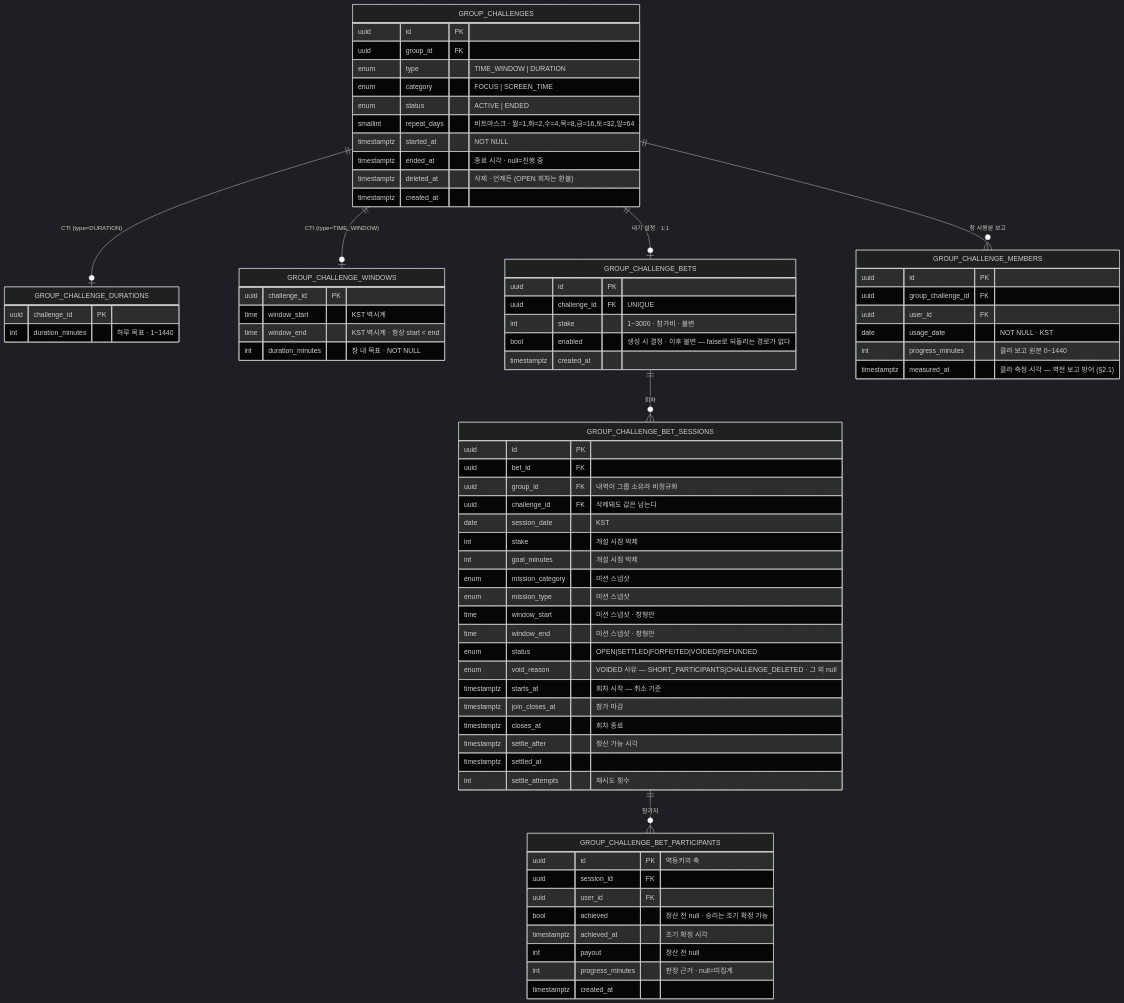
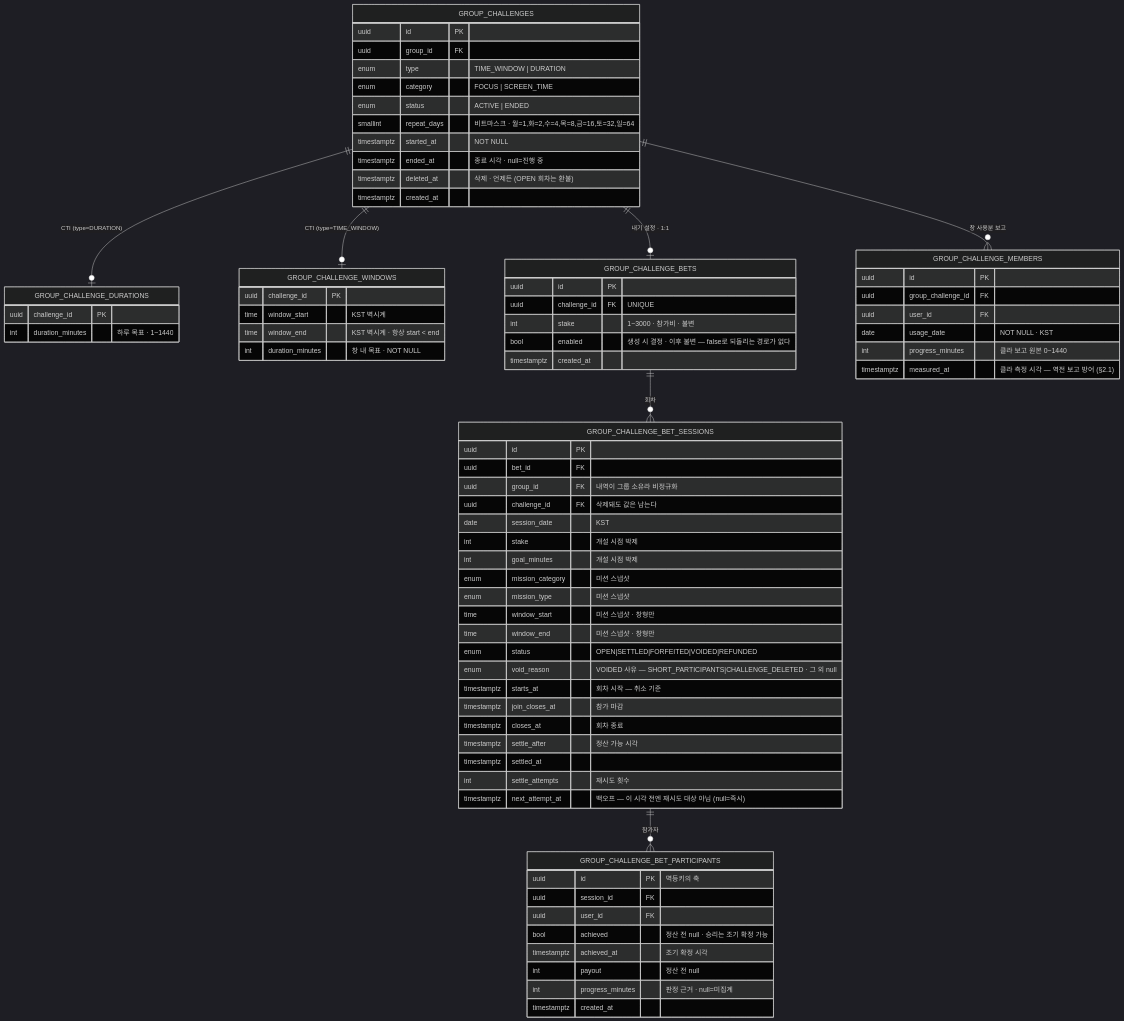
The first of 5 diagrams in docs/prd/challenge/low-level-design.md (OneOrThree/phone), drawn with Mermaid (dark theme) before and after one commit. The commit also changed other lines of this file and 5 other files, not shown here.

````diff
--- a/docs/prd/challenge/low-level-design.md
+++ b/docs/prd/challenge/low-level-design.md
@@ -14,78 +14,79 @@
 ```mermaid
 erDiagram
     GROUP_CHALLENGES ||--o| GROUP_CHALLENGE_DURATIONS : "CTI (type=DURATION)"
     GROUP_CHALLENGES ||--o| GROUP_CHALLENGE_WINDOWS : "CTI (type=TIME_WINDOW)"
     GROUP_CHALLENGES ||--o| GROUP_CHALLENGE_BETS : "내기 설정 · 1:1"
     GROUP_CHALLENGES ||--o{ GROUP_CHALLENGE_MEMBERS : "창 사용분 보고"
     GROUP_CHALLENGE_BETS ||--o{ GROUP_CHALLENGE_BET_SESSIONS : "회차"
     GROUP_CHALLENGE_BET_SESSIONS ||--o{ GROUP_CHALLENGE_BET_PARTICIPANTS : "참가자"
 
     GROUP_CHALLENGES {
         uuid id PK
         uuid group_id FK
         enum type "TIME_WINDOW | DURATION"
         enum category "FOCUS | SCREEN_TIME"
         enum status "ACTIVE | ENDED"
         smallint repeat_days "비트마스크 · 월=1,화=2,수=4,목=8,금=16,토=32,일=64"
         timestamptz started_at "NOT NULL"
         timestamptz ended_at "종료 시각 · null=진행 중"
         timestamptz deleted_at "삭제 · 언제든 (OPEN 회차는 환불)"
         timestamptz created_at
     }
     GROUP_CHALLENGE_DURATIONS {
         uuid challenge_id PK
         int duration_minutes "하루 목표 · 1~1440"
     }
     GROUP_CHALLENGE_WINDOWS {
         uuid challenge_id PK
         time window_start "KST 벽시계"
         time window_end "KST 벽시계 · 항상 start < end"
         int duration_minutes "창 내 목표 · NOT NULL"
     }
     GROUP_CHALLENGE_MEMBERS {
         uuid id PK
         uuid group_challenge_id FK
         uuid user_id FK
         date usage_date "NOT NULL · KST"
         int progress_minutes "클라 보고 원본 0~1440"
         timestamptz measured_at "클라 측정 시각 — 역전 보고 방어 (§2.1)"
     }
     GROUP_CHALLENGE_BETS {
         uuid id PK
         uuid challenge_id FK "UNIQUE"
         int stake "1~3000 · 참가비 · 불변"
         bool enabled "생성 시 결정 · 이후 불변 — false로 되돌리는 경로가 없다"
         timestamptz created_at
     }
     GROUP_CHALLENGE_BET_SESSIONS {
         uuid id PK
         uuid bet_id FK
         uuid group_id FK "내역이 그룹 소유라 비정규화"
         uuid challenge_id FK "삭제돼도 값은 남는다"
         date session_date "KST"
         int stake "개설 시점 박제"
         int goal_minutes "개설 시점 박제"
         enum mission_category "미션 스냅샷"
         enum mission_type "미션 스냅샷"
         time window_start "미션 스냅샷 · 창형만"
         time window_end "미션 스냅샷 · 창형만"
         enum status "OPEN|SETTLED|FORFEITED|VOIDED|REFUNDED"
         enum void_reason "VOIDED 사유 — SHORT_PARTICIPANTS|CHALLENGE_DELETED · 그 외 null"
         timestamptz starts_at "회차 시작 — 취소 기준"
         timestamptz join_closes_at "참가 마감"
         timestamptz closes_at "회차 종료"
         timestamptz settle_after "정산 가능 시각"
         timestamptz settled_at
         int settle_attempts "재시도 횟수"
+        timestamptz next_attempt_at "백오프 — 이 시각 전엔 재시도 대상 아님 (null=즉시)"
     }
     GROUP_CHALLENGE_BET_PARTICIPANTS {
         uuid id PK "멱등키의 축"
         uuid session_id FK
         uuid user_id FK
         bool achieved "정산 전 null · 승리는 조기 확정 가능"
         timestamptz achieved_at "조기 확정 시각"
         int payout "정산 전 null"
         int progress_minutes "판정 근거 · null=미집계"
         timestamptz created_at
     }
 ```
````
